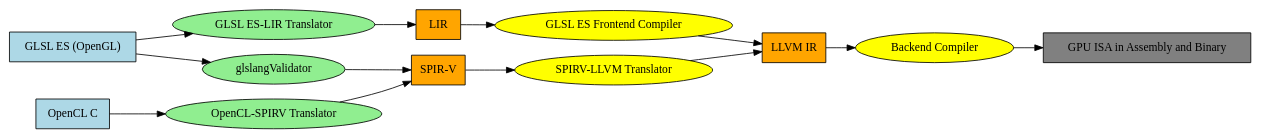
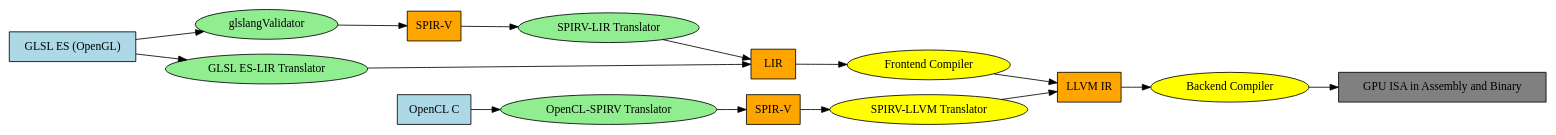
Before and after one commit to Jonathan2251/ws: the diagram in images/Hisilicon.gv, drawn with Graphviz. The commit also changed 1 other file, not shown here.

```diff
--- a/images/Hisilicon.gv
+++ b/images/Hisilicon.gv
@@ -1,36 +1,39 @@
 digraph ShaderToLLVMIR {
     rankdir=LR;
     node [shape=record, style=filled, color=black];
 
     // Source Languages
     GLSL [label="GLSL ES (OpenGL)", fillcolor=lightblue];
     OpenCL_C [label="OpenCL C", fillcolor=lightblue];
 
     // Intermediate Representation
     SPIRV [label="SPIR-V", fillcolor=orange];
+    SPIRV2 [label="SPIR-V", fillcolor=orange];
 
     LIR [label="LIR", fillcolor=orange];
 
     GPU_ISA [label="GPU ISA in Assembly and Binary", fillcolor=grey];
 
     // LLVM IR
     LLVM_IR [label="LLVM IR", fillcolor=orange];
 
     // Tools with oval shapes
     node [shape=oval, style=filled, fillcolor=lightgreen];
     Glslang [label="glslangValidator"];
     CL_SPIRV [label="OpenCL-SPIRV Translator"];
     GLSL_LIR [label="GLSL ES-LIR Translator"];
+    SPIRV_LIR [label="SPIRV-LIR Translator"];
 
     // Tools with oval shapes
     node [shape=oval, style=filled, fillcolor=yellow];
-    LIR_LLVM [label="GLSL ES Frontend Compiler"];
+    LIR_LLVM [label="Frontend Compiler"];
     SPIRV_LLVM [label="SPIRV-LLVM Translator"];
     LLVMCompiler [label="Backend Compiler"];
 
     // Edges
     GLSL -> GLSL_LIR -> LIR -> LIR_LLVM -> LLVM_IR;
-    GLSL -> Glslang -> SPIRV -> SPIRV_LLVM -> LLVM_IR;
-    OpenCL_C -> CL_SPIRV -> SPIRV;
+    GLSL -> Glslang -> SPIRV -> SPIRV_LIR -> LIR;
+    OpenCL_C -> CL_SPIRV -> SPIRV2;
+    SPIRV2 -> SPIRV_LLVM -> LLVM_IR;
     LLVM_IR -> LLVMCompiler -> GPU_ISA;
 }
```
